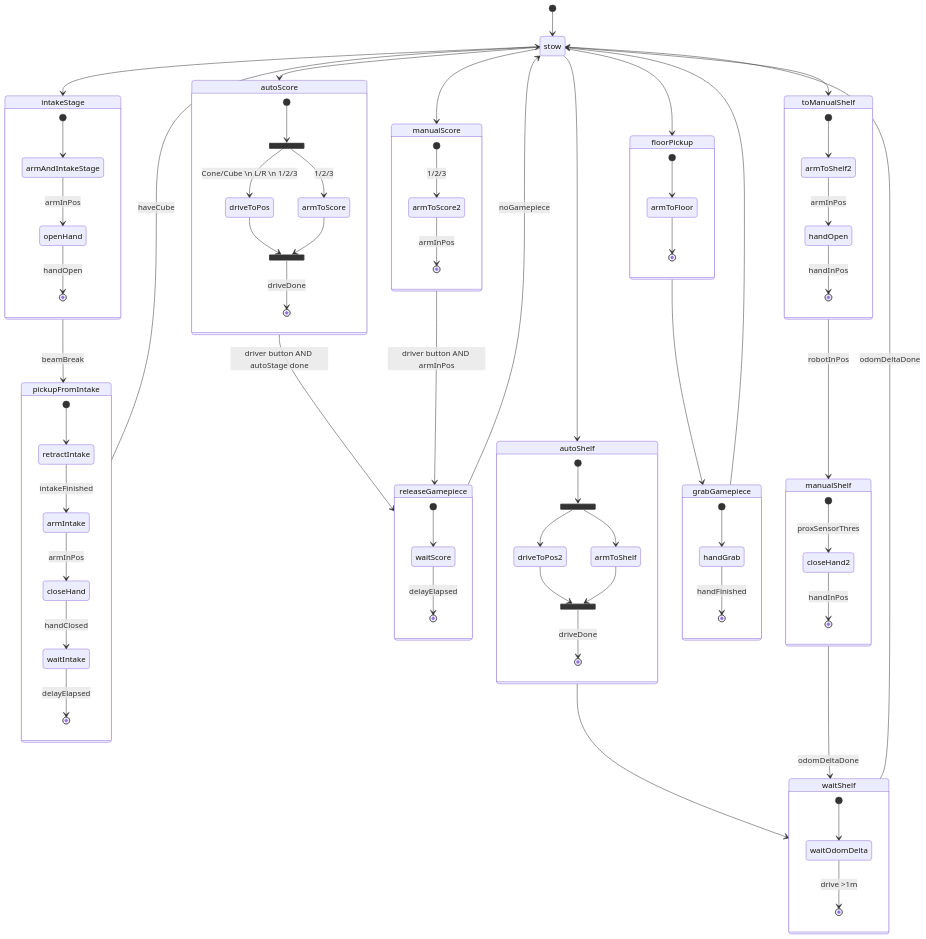
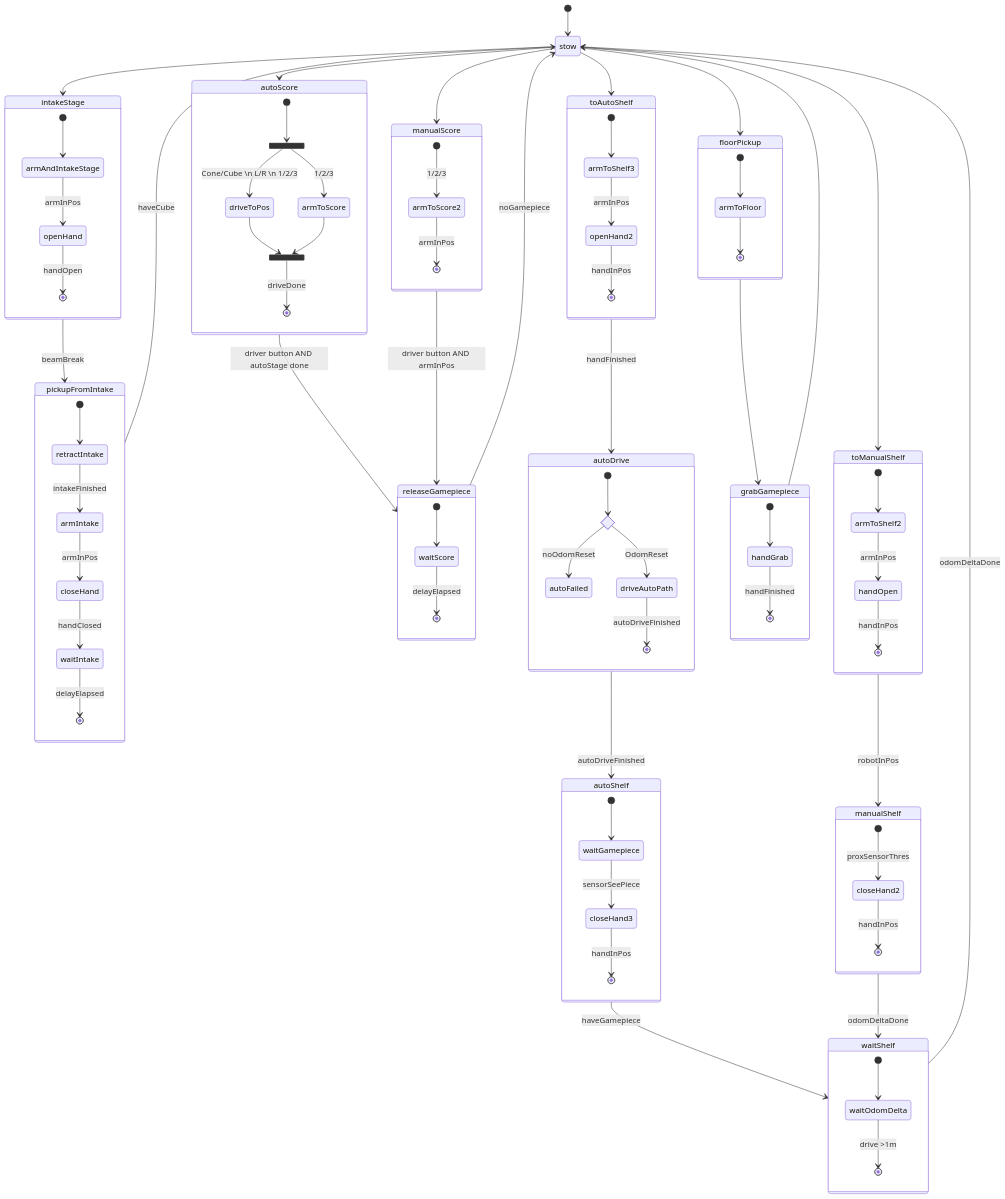
Before and after one commit to strykeforce/chargedup: the diagram in docs/RobotStateMachine.md, drawn with Mermaid. The commit also changed 1 other file, not shown here.

Commit message:
update state machine and controller pics

````diff
--- a/docs/RobotStateMachine.md
+++ b/docs/RobotStateMachine.md
@@ -1,4 +1,5 @@
 ``` mermaid
+
 stateDiagram-v2
     [*] --> stow
     stow --> intakeStage
@@ -49,19 +50,31 @@
         armToScore2 --> [*]: armInPos
     }
 
-    stow --> autoShelf
-    autoShelf --> waitShelf
+    stow --> toAutoShelf
+    toAutoShelf --> autoDrive : handFinished
+    autoDrive --> autoShelf : autoDriveFinished
+    autoShelf --> waitShelf : haveGamepiece
     waitShelf --> stow: odomDeltaDone
 
+    state toAutoShelf {
+        [*] --> armToShelf3
+        armToShelf3 --> openHand2 : armInPos
+        openHand2 --> [*] : handInPos
+    }
+
+    state autoDrive {
+        state checkFail <<choice>>
+        [*] --> checkFail
+        checkFail --> autoFailed : noOdomReset
+        checkFail --> driveAutoPath : OdomReset
+        driveAutoPath --> [*] : autoDriveFinished
+
+    }
+
     state autoShelf {
-        state driveAndArm2 <<fork>>
-        state armAndDrive2 <<join>>
-        [*] --> driveAndArm2
-        driveAndArm2 --> driveToPos2
-        driveAndArm2 --> armToShelf
-        driveToPos2 --> armAndDrive2 
-        armToShelf --> armAndDrive2
-        armAndDrive2 --> [*]: driveDone
+        [*] --> waitGamepiece
+        waitGamepiece --> closeHand3 : sensorSeePiece
+        closeHand3 --> [*] : handInPos
     }
 
     state grabGamepiece {
@@ -98,4 +111,6 @@
         armToFloor --> [*]
     }
 
+
+
 ```
````
